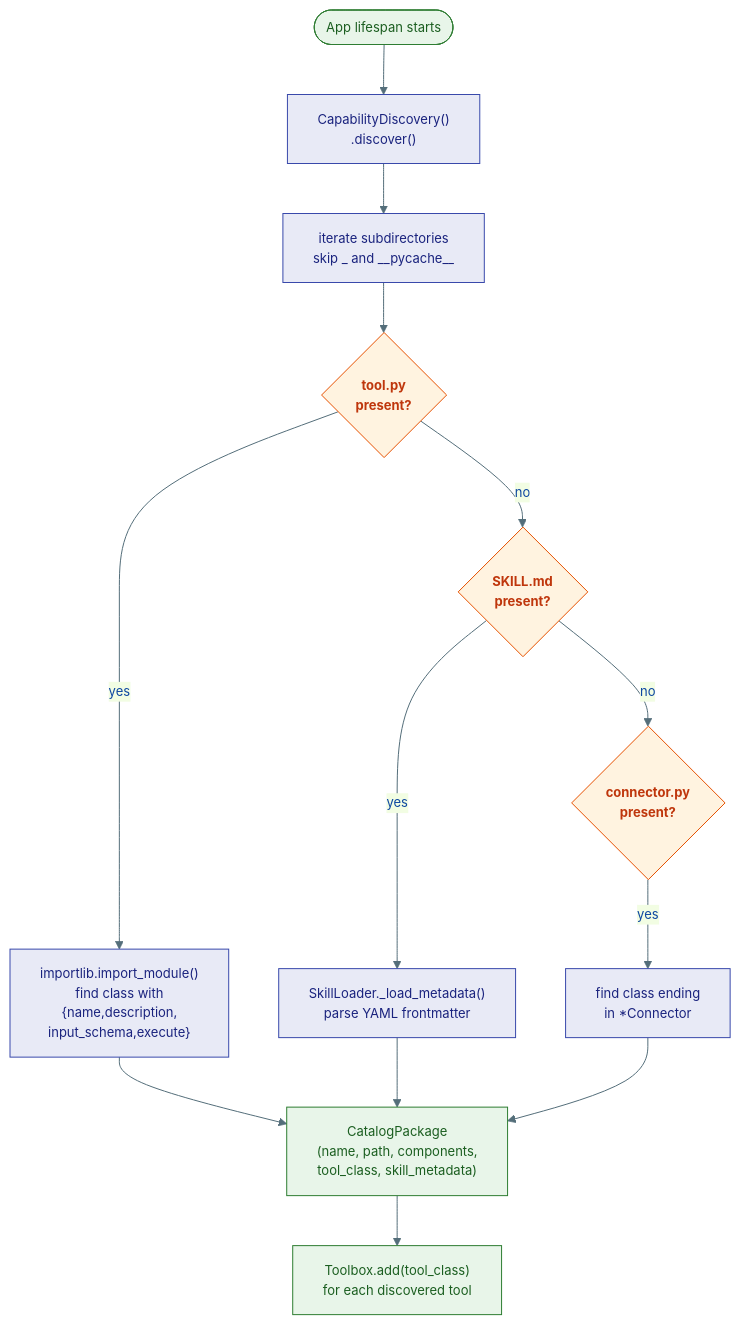
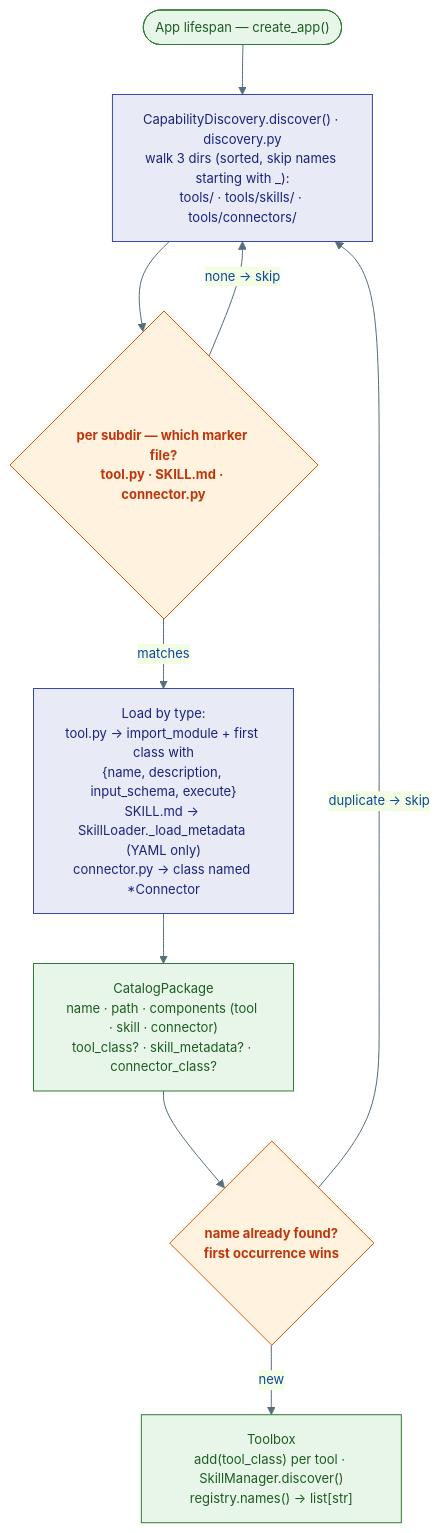
The second of 2 diagrams in agents/agent-substrate/docs/capabilities/01-tools.md (Ravikumarchavva/agent-substrate), drawn with Mermaid before and after one commit. The commit also changed other lines of this file and 10 other files, not shown here.

First line of the commit message:
Refactor documentation diagrams and enhance Mermaid integration

````diff
--- a/agents/agent-substrate/docs/capabilities/01-tools.md
+++ b/agents/agent-substrate/docs/capabilities/01-tools.md
@@ -53,28 +46,21 @@
 ```mermaid
 %%{init: {'theme': 'base', 'themeVariables': {'primaryColor': '#E3F2FD','primaryTextColor': '#0D47A1','primaryBorderColor': '#1565C0','lineColor': '#546E7A','fontSize': '13px'}}}%%
 flowchart TD
     classDef proc fill:#E8EAF6,stroke:#3949AB,color:#1A237E
     classDef dec  fill:#FFF3E0,stroke:#E65100,color:#BF360C,font-weight:bold
     classDef out  fill:#E8F5E9,stroke:#2E7D32,color:#1B5E20
 
-    START(["App lifespan starts"]):::out
-    CD["CapabilityDiscovery()\n.discover()"]:::proc
-    ITER["iterate subdirectories\nskip _ and __pycache__"]:::proc
-    CHK_T{"tool.py\npresent?"}:::dec
-    CHK_S{"SKILL.md\npresent?"}:::dec
-    CHK_C{"connector.py\npresent?"}:::dec
-    LOAD_T["importlib.import_module()\nfind class with\n{name,description,\ninput_schema,execute}"]:::proc
-    LOAD_S["SkillLoader._load_metadata()\nparse YAML frontmatter"]:::proc
-    LOAD_C["find class ending\nin *Connector"]:::proc
-    PKG["CatalogPackage\n(name, path, components,\ntool_class, skill_metadata)"]:::out
-    TOOLBOX["Toolbox.add(tool_class)\nfor each discovered tool"]:::out
+    START(["App lifespan — create_app()"]):::out
+    SCAN["CapabilityDiscovery.discover() · discovery.py<br/>walk 3 dirs (sorted, skip names starting with _):<br/>tools/ · tools/skills/ · tools/connectors/"]:::proc
+    CHK{"per subdir — which marker file?<br/>tool.py · SKILL.md · connector.py"}:::dec
+    LOAD["Load by type:<br/>tool.py → import_module + first class with<br/>{name, description, input_schema, execute}<br/>SKILL.md → SkillLoader._load_metadata (YAML only)<br/>connector.py → class named *Connector"]:::proc
+    PKG["CatalogPackage<br/>name · path · components (tool · skill · connector)<br/>tool_class? · skill_metadata? · connector_class?"]:::out
+    DEDUP{"name already found?<br/>first occurrence wins"}:::dec
+    TOOLBOX["Toolbox<br/>add(tool_class) per tool · SkillManager.discover()<br/>registry.names() → list[str]"]:::out
 
-    START --> CD --> ITER
-    ITER --> CHK_T
-    CHK_T -->|yes| LOAD_T --> PKG
-    CHK_T -->|no| CHK_S
-    CHK_S -->|yes| LOAD_S --> PKG
-    CHK_S -->|no| CHK_C
-    CHK_C -->|yes| LOAD_C --> PKG
-    PKG --> TOOLBOX
+    START --> SCAN --> CHK
+    CHK -->|"matches"| LOAD --> PKG --> DEDUP
+    CHK -->|"none → skip"| SCAN
+    DEDUP -->|"new"| TOOLBOX
+    DEDUP -->|"duplicate → skip"| SCAN
 ```
````
